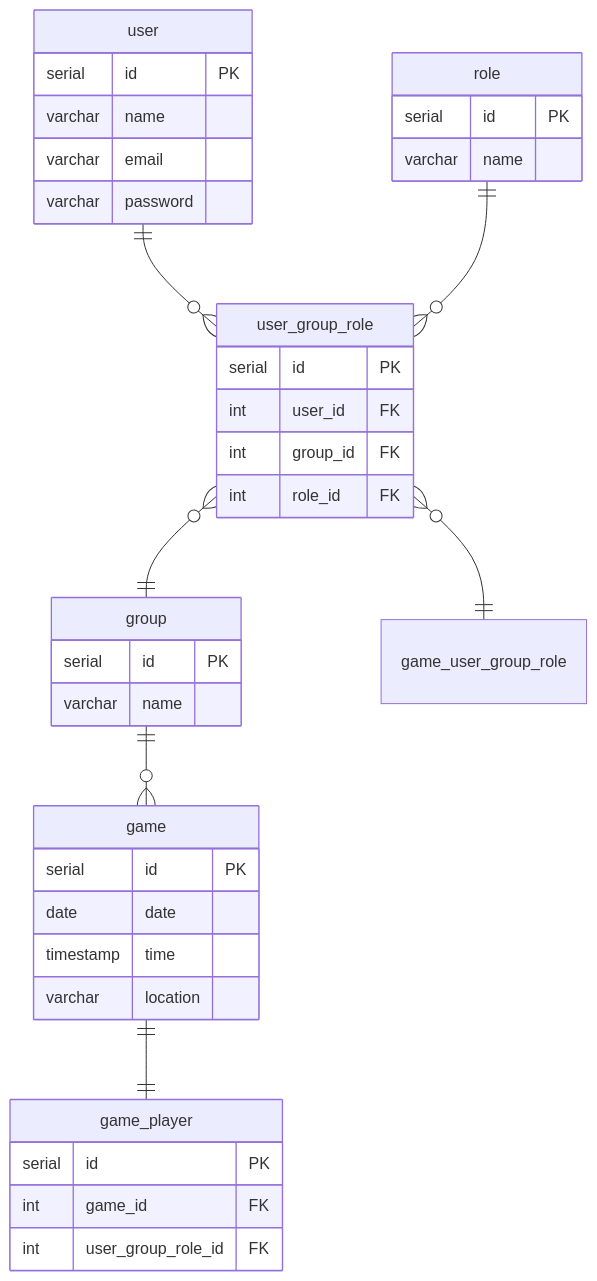
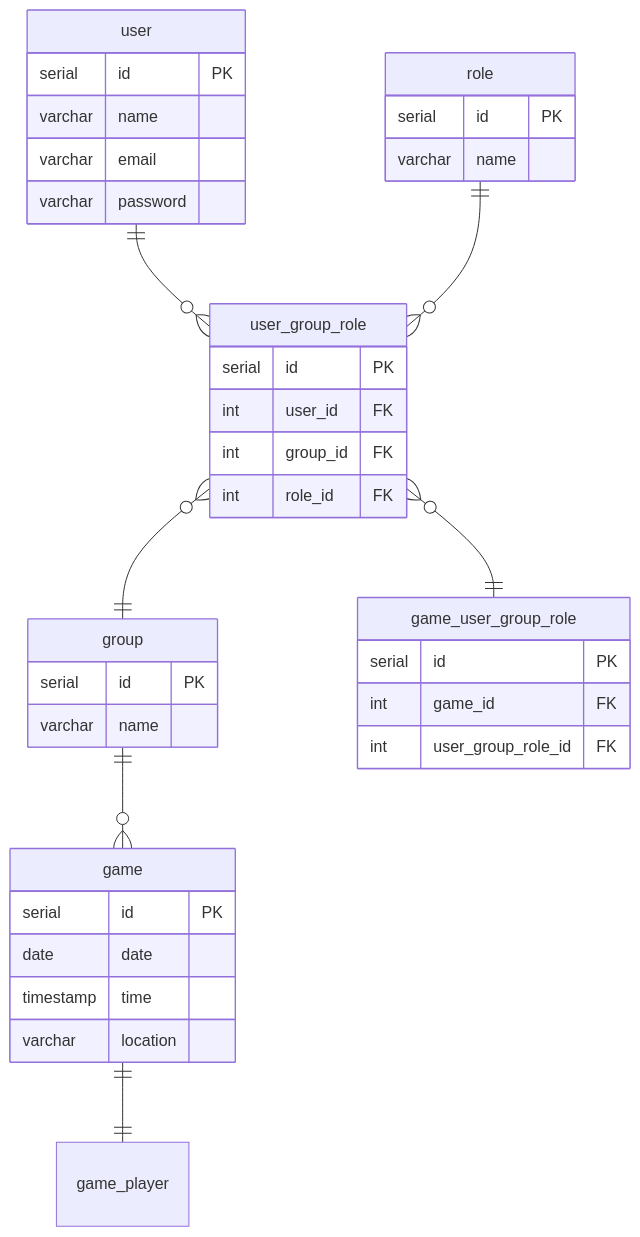
One commit to MichaelM9/5-A-Side-Organiser changed the second of 2 diagrams in README.md. Above: the diagram before and after it, drawn with Mermaid.

Commit message:
Upddate table name

````diff
--- a/README.md
+++ b/README.md
@@ -49,41 +49,41 @@
 ```mermaid
 erDiagram
 user ||--o{ user_group_role : ""
 role ||--o{ user_group_role: ""
 user_group_role }o--|| group : ""
 group ||--o{ game : ""
 game ||--|| game_player : ""
 user_group_role }o--|| game_user_group_role : ""
 
 user {
     serial id PK
     varchar name
     varchar email
     varchar password
 }
 role {
     serial id PK
     varchar name
 }
 user_group_role {
     serial id PK
     int user_id FK
     int group_id FK
     int role_id FK
 }
 group {
     serial id PK
     varchar name
 }
 game {
     serial id PK
     date date
     timestamp time
     varchar location
 }
-game_player {
+game_user_group_role {
     serial id PK
     int game_id FK
     int user_group_role_id FK
 }
 ```
````
